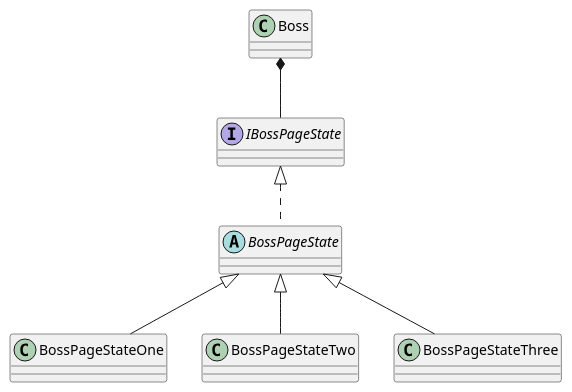
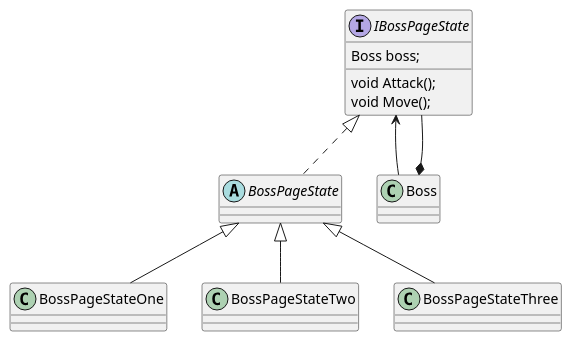
The diagram in Assets/BossStateDiagram.wsd (sung0822/GalaxyAdventure), drawn with PlantUML before and after one commit. The commit also changed 11 other files, not shown here.

Commit message:
PlantUML 이미지 생성

```diff
--- a/Assets/BossStateDiagram.wsd
+++ b/Assets/BossStateDiagram.wsd
@@ -1,39 +1,36 @@
 @startuml ItemData
-
-class Boss
-{
-
-}
 
 interface IBossPageState
 {
-
+    Boss boss;
+    void Attack();
+    void Move();
 }
 
 abstract class BossPageState
 {
-
 }
 
 class BossPageStateOne
 {
 
 }
 
 class BossPageStateTwo
 {
 
 }
 
 class BossPageStateThree
 {
 
 }
 
+Boss *-- IBossPageState
 IBossPageState <|.. BossPageState
 BossPageState <|-- BossPageStateOne
 BossPageState <|-- BossPageStateTwo
 BossPageState <|-- BossPageStateThree
-Boss *-- IBossPageState
+IBossPageState <-- Boss
 
 @enduml
```
